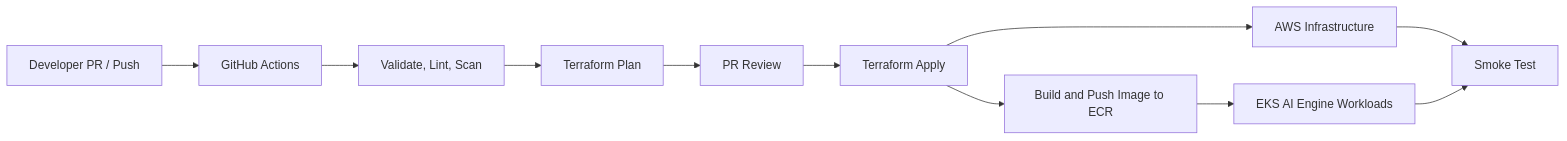
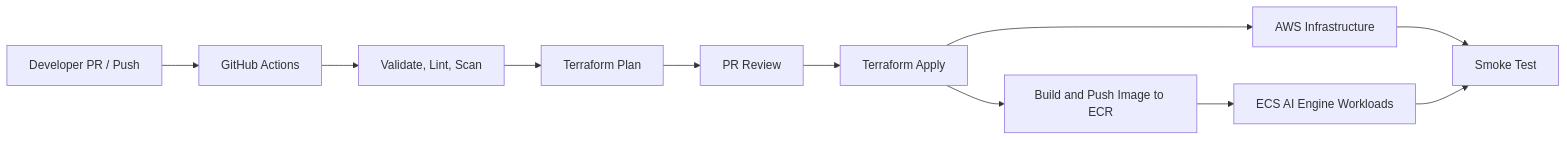
One commit to hungxqt/tf2-finops-docs changed the diagram in docs/tf2-finops/04_deployment_design.md. Above: the diagram before and after it, drawn with Mermaid. The commit also changed other lines of this file and 23 other files, not shown here.

````diff
--- a/docs/tf2-finops/04_deployment_design.md
+++ b/docs/tf2-finops/04_deployment_design.md
@@ -64,13 +60,13 @@
 ```mermaid
 graph LR
     Dev[Developer PR / Push] --> GHA[GitHub Actions]
     GHA --> CI[Validate, Lint, Scan]
     CI --> Plan[Terraform Plan]
     Plan --> Review[PR Review]
     Review --> Apply[Terraform Apply]
     Apply --> AWS[AWS Infrastructure]
     Apply --> ECR[Build and Push Image to ECR]
-    ECR --> EKS[EKS AI Engine Workloads]
+    ECR --> ECS[ECS AI Engine Workloads]
     AWS --> Smoke[Smoke Test]
-    EKS --> Smoke
+    ECS --> Smoke
 ```
````
